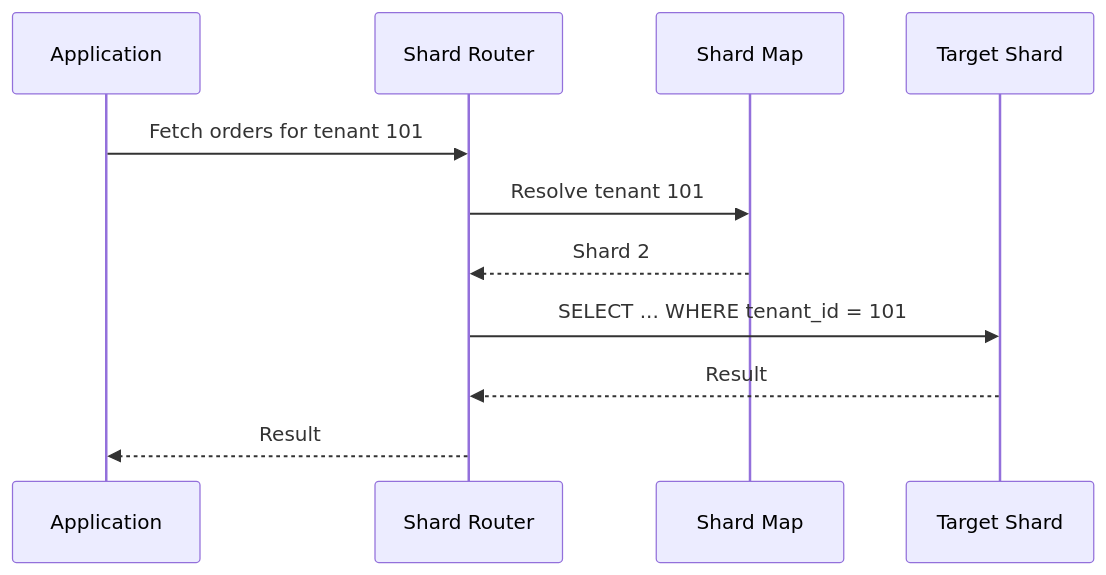
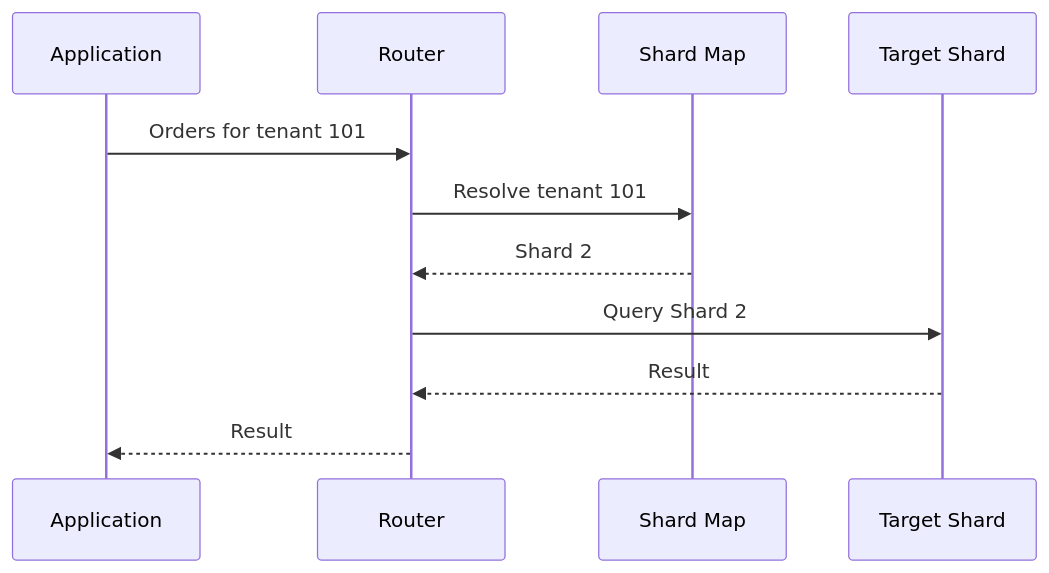
Before and after one commit to AvadhBhalodiya/Interview-Preparation: the eighth of 12 diagrams in src/content/databases/replication-sharding-partitioning.md, drawn with Mermaid. The commit also changed other lines of this file and 80 other files, not shown here.

````diff
--- a/src/content/databases/replication-sharding-partitioning.md
+++ b/src/content/databases/replication-sharding-partitioning.md
@@ -818,14 +553,14 @@
 ```mermaid
 sequenceDiagram
     participant A as Application
-    participant R as Shard Router
+    participant R as Router
     participant M as Shard Map
     participant S as Target Shard
 
-    A->>R: Fetch orders for tenant 101
+    A->>R: Orders for tenant 101
     R->>M: Resolve tenant 101
     M-->>R: Shard 2
-    R->>S: SELECT ... WHERE tenant_id = 101
+    R->>S: Query Shard 2
     S-->>R: Result
     R-->>A: Result
 ```
````
